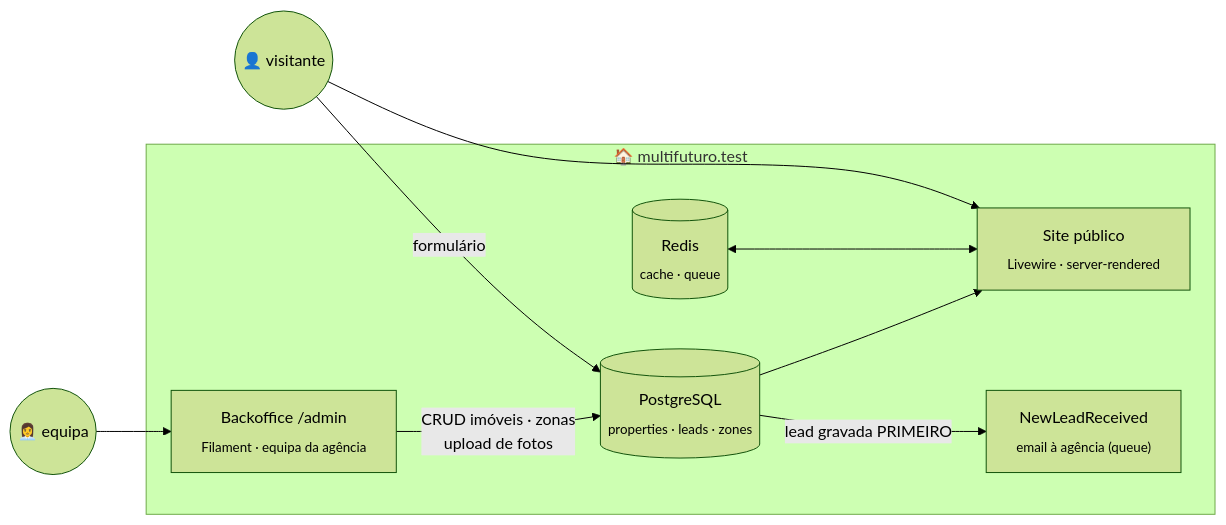
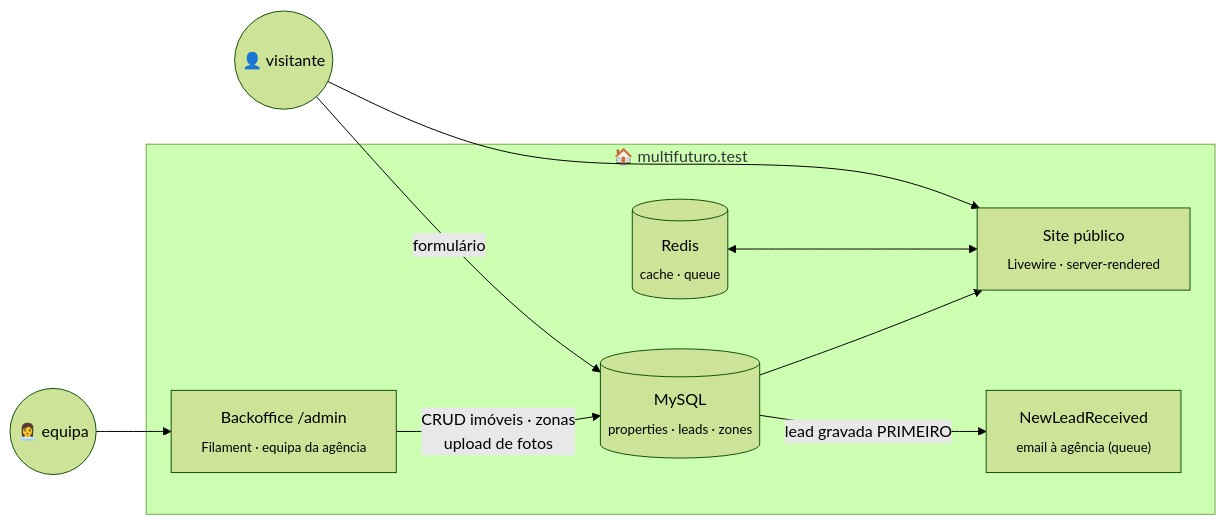
The diagram in README.md (Nexus-Developer1/Multifuturo), drawn with Mermaid (forest theme) before and after one commit. The commit also changed other lines of this file and 35 other files, not shown here.

Commit message:
Base de dados: PostgreSQL passa a MySQL 8.4 (esquema, consultas, copias, infraestrutura, CI, testes)

````diff
--- a/README.md
+++ b/README.md
@@ -42,22 +42,22 @@
 ```mermaid
 flowchart LR
     subgraph APP["🏠 multifuturo.test"]
         BO["Backoffice /admin<br><sub>Filament · equipa da agência</sub>"]
-        DB[("PostgreSQL<br><sub>properties · leads · zones</sub>")]
+        DB[("MySQL<br><sub>properties · leads · zones</sub>")]
         CACHE[("Redis<br><sub>cache · queue</sub>")]
         SITE["Site público<br><sub>Livewire · server-rendered</sub>"]
         MAIL["NewLeadReceived<br><sub>email à agência (queue)</sub>"]
     end
 
     E(("👩‍💼 equipa"))
     V(("👤 visitante"))
 
     E --> BO
     BO -->|"CRUD imóveis · zonas<br>upload de fotos"| DB
     DB --> SITE
     CACHE <--> SITE
     V --> SITE
     V -->|"formulário"| DB
     DB -->|"lead gravada PRIMEIRO"| MAIL
 
 ```
````
